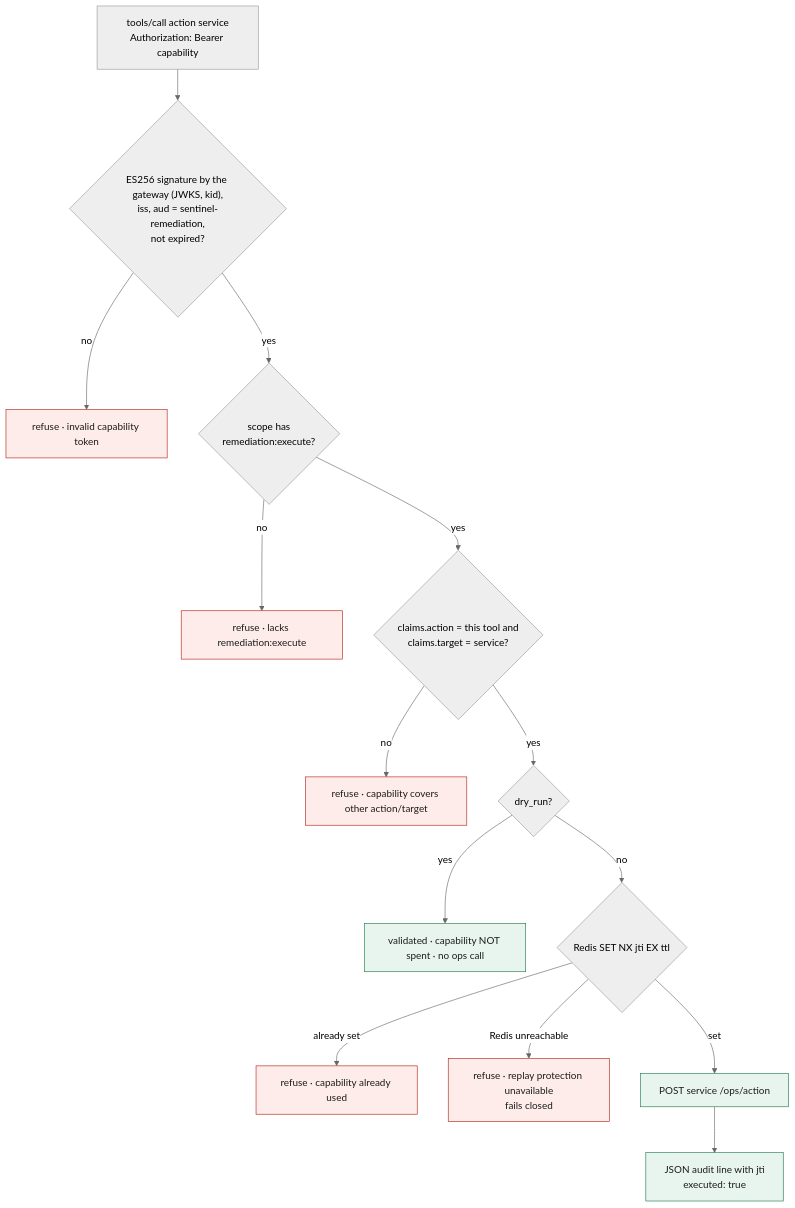
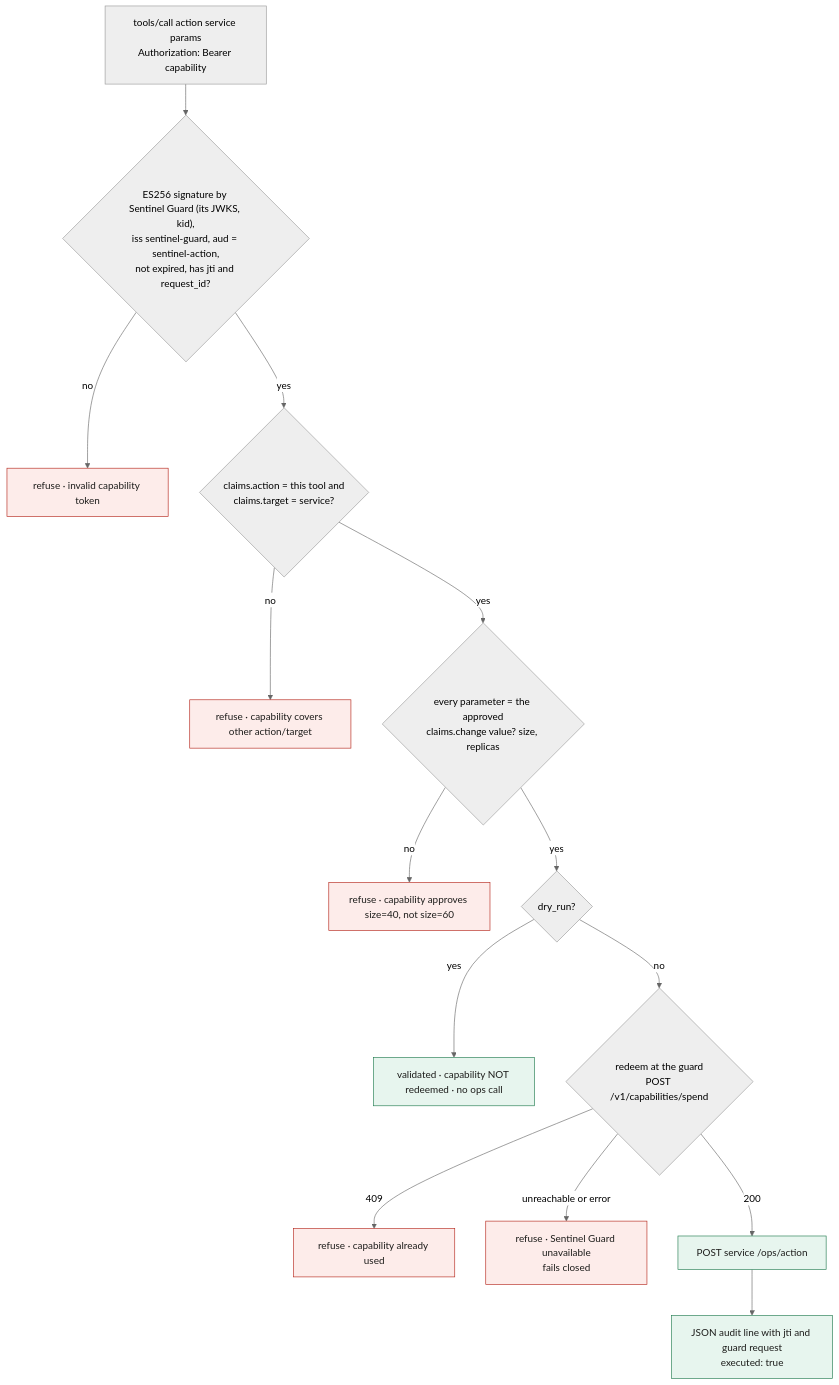
The diagram in docs/handbook/diagrams/06-remediation-checks.mmd (abdulmdev/sentinel-incident-copilot), drawn with Mermaid (neutral theme) before and after one commit. The commit also changed 173 other files, not shown here.

First line of the commit message:
The copilot on Sentinel Guard: one approval and capability path

```diff
--- a/docs/handbook/diagrams/06-remediation-checks.mmd
+++ b/docs/handbook/diagrams/06-remediation-checks.mmd
@@ -1,17 +1,17 @@
 flowchart TB
-  C[tools/call action service<br/>Authorization: Bearer capability] --> J{"ES256 signature by the gateway (JWKS, kid),<br/>iss, aud = sentinel-remediation,<br/>not expired?"}
+  C[tools/call action service params<br/>Authorization: Bearer capability] --> J{"ES256 signature by Sentinel Guard (its JWKS, kid),<br/>iss sentinel-guard, aud = sentinel-action,<br/>not expired, has jti and request_id?"}
   J -->|no| X1[refuse · invalid capability token]
-  J -->|yes| S{scope has<br/>remediation:execute?}
-  S -->|no| X2[refuse · lacks remediation:execute]
-  S -->|yes| B{claims.action = this tool and<br/>claims.target = service?}
+  J -->|yes| B{claims.action = this tool and<br/>claims.target = service?}
   B -->|no| X3[refuse · capability covers other action/target]
-  B -->|yes| D{dry_run?}
-  D -->|yes| OKD[validated · capability NOT spent · no ops call]
-  D -->|no| R{Redis SET NX jti EX ttl}
-  R -->|already set| X4[refuse · capability already used]
-  R -->|Redis unreachable| X5[refuse · replay protection unavailable<br/>fails closed]
-  R -->|set| OPS[POST service /ops/action] --> AUD[JSON audit line with jti<br/>executed: true]
+  B -->|yes| P{every parameter = the approved<br/>claims.change value? size, replicas}
+  P -->|no| X2[refuse · capability approves size=40, not size=60]
+  P -->|yes| D{dry_run?}
+  D -->|yes| OKD[validated · capability NOT redeemed · no ops call]
+  D -->|no| R{redeem at the guard<br/>POST /v1/capabilities/spend}
+  R -->|409| X4[refuse · capability already used]
+  R -->|unreachable or error| X5[refuse · Sentinel Guard unavailable<br/>fails closed]
+  R -->|200| OPS[POST service /ops/action] --> AUD[JSON audit line with jti and guard request<br/>executed: true]
   classDef bad fill:#fdecea,stroke:#b42318,color:#1d1d1b
   classDef ok fill:#e7f5ee,stroke:#1f7a4d,color:#1d1d1b
   class X1,X2,X3,X4,X5 bad
   class OPS,AUD,OKD ok
```
